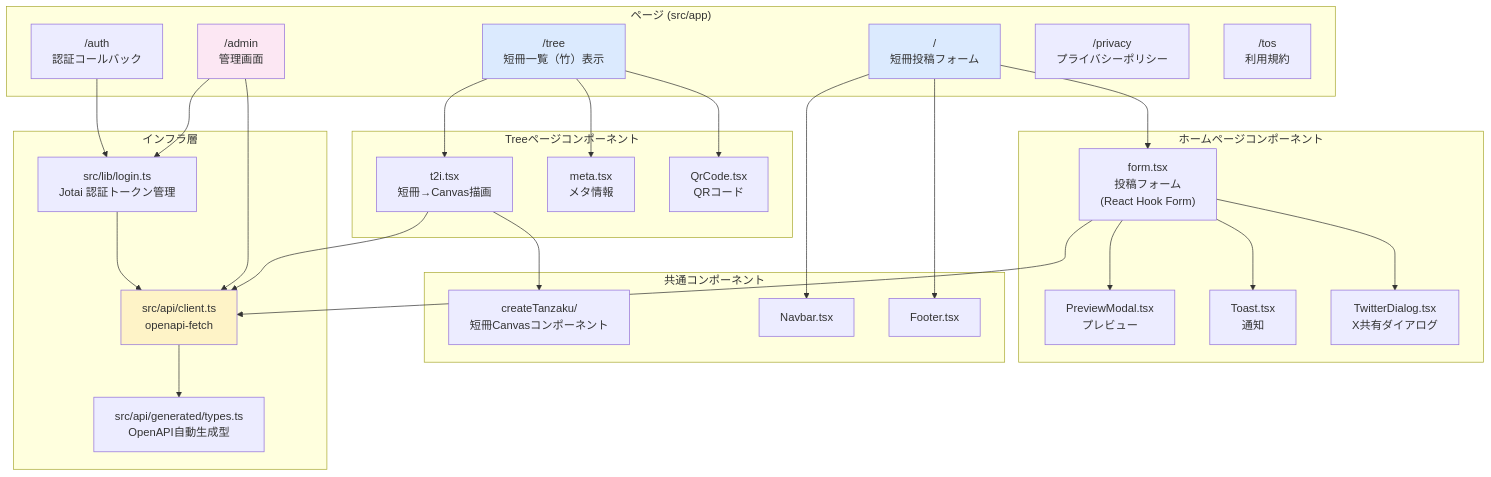
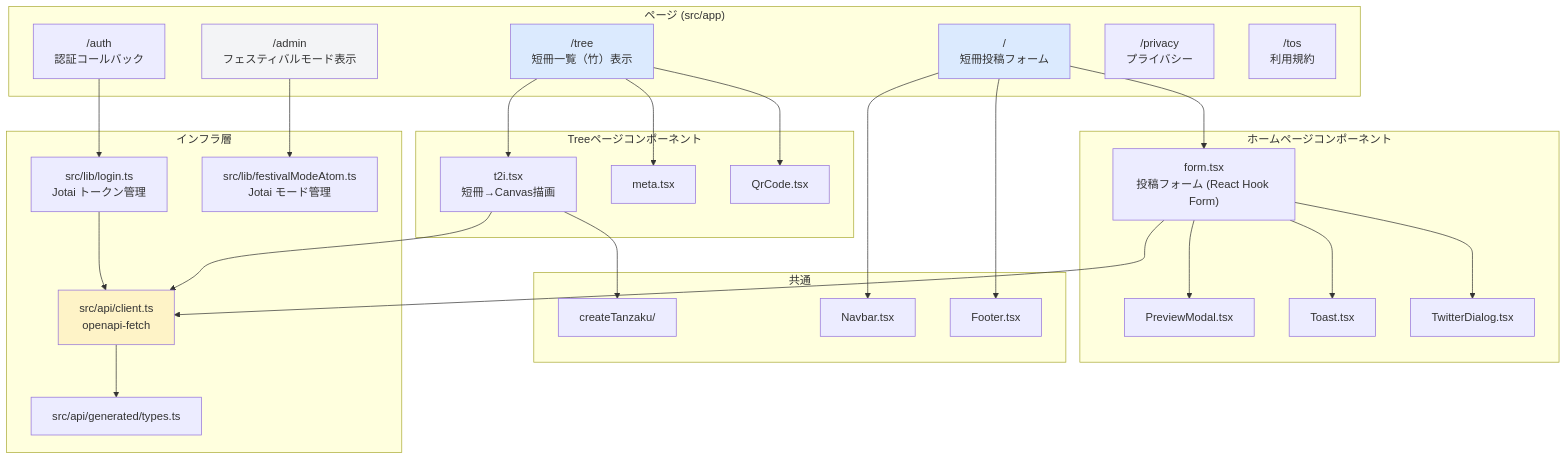
The third of 9 diagrams in docs/system-overview.md (itl-marubu/tanzakuv2), drawn with Mermaid before and after one commit. The commit also changed other lines of this file, not shown here.

````diff
--- a/docs/system-overview.md
+++ b/docs/system-overview.md
@@ -90,61 +142,52 @@
 ```mermaid
 graph TB
     subgraph Pages["ページ (src/app)"]
         P_HOME["/\n短冊投稿フォーム"]
         P_TREE["/tree\n短冊一覧（竹）表示"]
-        P_ADMIN["/admin\n管理画面"]
+        P_ADMIN["/admin\nフェスティバルモード表示"]
         P_AUTH["/auth\n認証コールバック"]
-        P_PRIV["/privacy\nプライバシーポリシー"]
+        P_PRIV["/privacy\nプライバシー"]
         P_TOS["/tos\n利用規約"]
     end
 
     subgraph HomeComp["ホームページコンポーネント"]
-        Form["form.tsx\n投稿フォーム\n(React Hook Form)"]
-        Preview["PreviewModal.tsx\nプレビュー"]
-        Toast["Toast.tsx\n通知"]
-        TwDlg["TwitterDialog.tsx\nX共有ダイアログ"]
+        Form["form.tsx\n投稿フォーム (React Hook Form)"]
+        Preview["PreviewModal.tsx"]
+        Toast["Toast.tsx"]
+        TwDlg["TwitterDialog.tsx"]
     end
 
     subgraph TreeComp["Treeページコンポーネント"]
         T2I["t2i.tsx\n短冊→Canvas描画"]
-        Meta["meta.tsx\nメタ情報"]
-        QR["QrCode.tsx\nQRコード"]
+        Meta["meta.tsx"]
+        QR["QrCode.tsx"]
     end
 
-    subgraph Shared["共通コンポーネント"]
-        Tanzaku["createTanzaku/\n短冊Canvasコンポーネント"]
+    subgraph Shared["共通"]
+        Tanzaku["createTanzaku/"]
         Navbar["Navbar.tsx"]
         Footer["Footer.tsx"]
     end
 
     subgraph Infra["インフラ層"]
         APIClient["src/api/client.ts\nopenapi-fetch"]
-        Types["src/api/generated/types.ts\nOpenAPI自動生成型"]
-        Auth["src/lib/login.ts\nJotai 認証トークン管理"]
+        Types["src/api/generated/types.ts"]
+        Auth["src/lib/login.ts\nJotai トークン管理"]
+        FestMode["src/lib/festivalModeAtom.ts\nJotai モード管理"]
     end
 
-    P_HOME --> Form
-    P_HOME --> Navbar
-    P_HOME --> Footer
-    P_TREE --> T2I
-    P_TREE --> Meta
-    P_TREE --> QR
-    P_ADMIN --> Auth
+    P_HOME --> Form & Navbar & Footer
+    P_TREE --> T2I & Meta & QR
+    P_ADMIN --> FestMode
     P_AUTH --> Auth
 
-    Form --> Preview
-    Form --> Toast
-    Form --> TwDlg
-    Form --> APIClient
-    T2I --> APIClient
-    T2I --> Tanzaku
-    P_ADMIN --> APIClient
-
+    Form --> Preview & Toast & TwDlg & APIClient
+    T2I --> APIClient & Tanzaku
     APIClient --> Types
     Auth --> APIClient
 
     style P_HOME fill:#dbeafe
     style P_TREE fill:#dbeafe
-    style P_ADMIN fill:#fce7f3
+    style P_ADMIN fill:#f3f4f6
     style APIClient fill:#fef3c7
 ```
````
